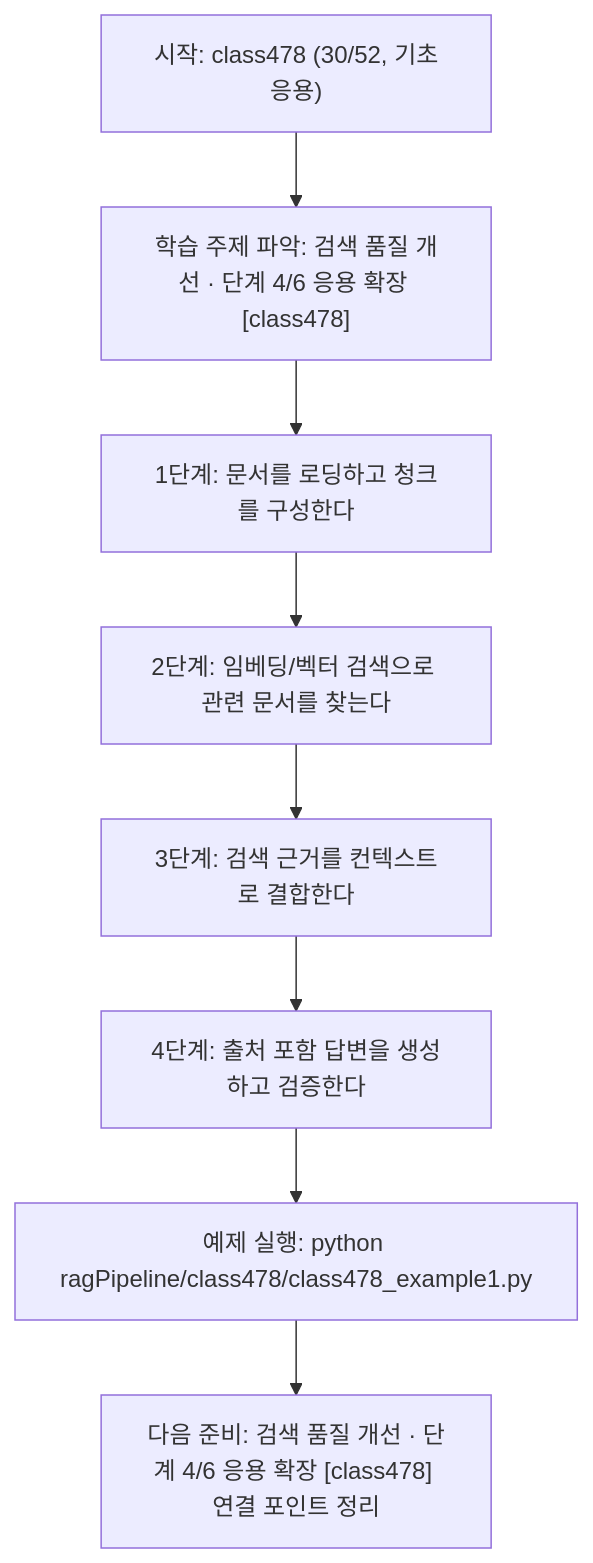
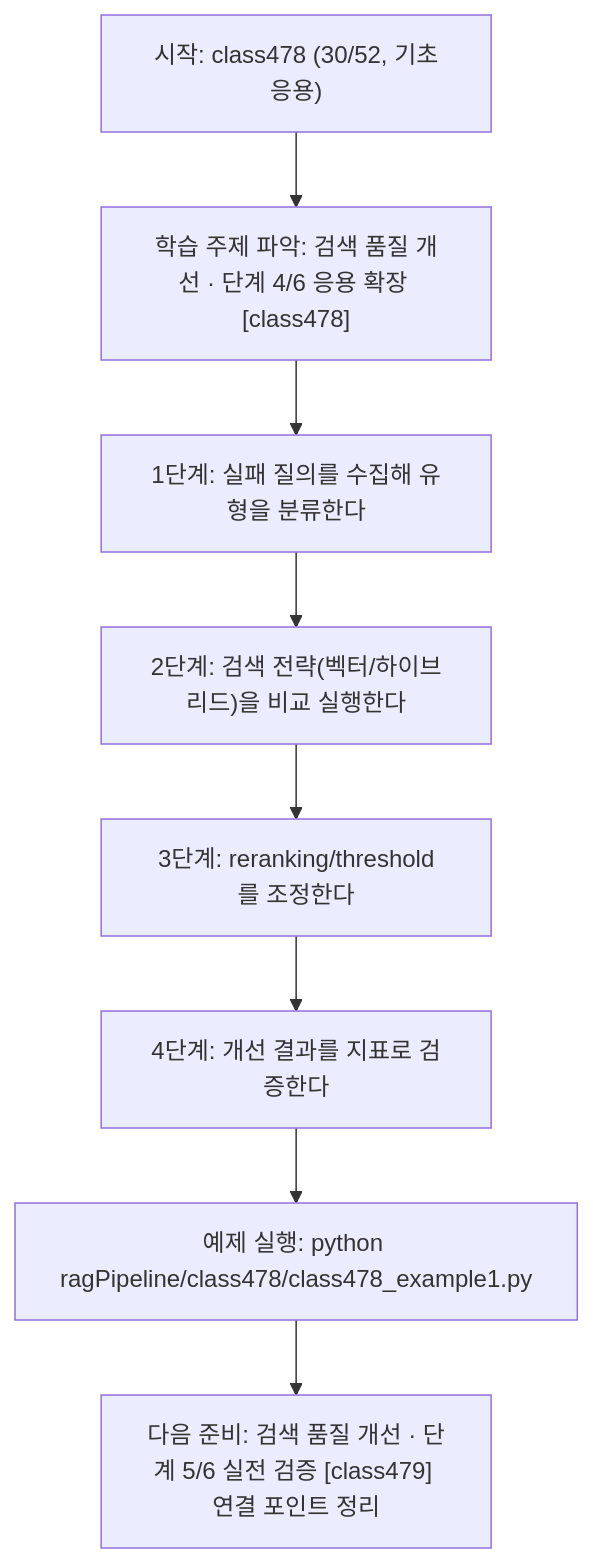
One commit to edumgt/Python-AI_Agent-Class changed the diagram in ragPipeline/class478/class478.md. Above: the diagram before and after it, drawn with Mermaid. The commit also changed other lines of this file and 367 other files, not shown here.

````diff
--- a/ragPipeline/class478/class478.md
+++ b/ragPipeline/class478/class478.md
@@ -111,18 +92,18 @@
 ```mermaid
 flowchart TD
 N1["시작: class478 (30/52, 기초응용)"]
 N2["학습 주제 파악: 검색 품질 개선 · 단계 4/6 응용 확장 [class478]"]
-N3["1단계: 문서를 로딩하고 청크를 구성한다"]
-N4["2단계: 임베딩/벡터 검색으로 관련 문서를 찾는다"]
-N5["3단계: 검색 근거를 컨텍스트로 결합한다"]
-N6["4단계: 출처 포함 답변을 생성하고 검증한다"]
+N3["1단계: 실패 질의를 수집해 유형을 분류한다"]
+N4["2단계: 검색 전략(벡터/하이브리드)을 비교 실행한다"]
+N5["3단계: reranking/threshold를 조정한다"]
+N6["4단계: 개선 결과를 지표로 검증한다"]
 N7["예제 실행: python ragPipeline/class478/class478_example1.py"]
-N8["다음 준비: 검색 품질 개선 · 단계 4/6 응용 확장 [class478] 연결 포인트 정리"]
+N8["다음 준비: 검색 품질 개선 · 단계 5/6 실전 검증 [class479] 연결 포인트 정리"]
 N1 --> N2
 N2 --> N3
 N3 --> N4
 N4 --> N5
 N5 --> N6
 N6 --> N7
 N7 --> N8
 ```
````
